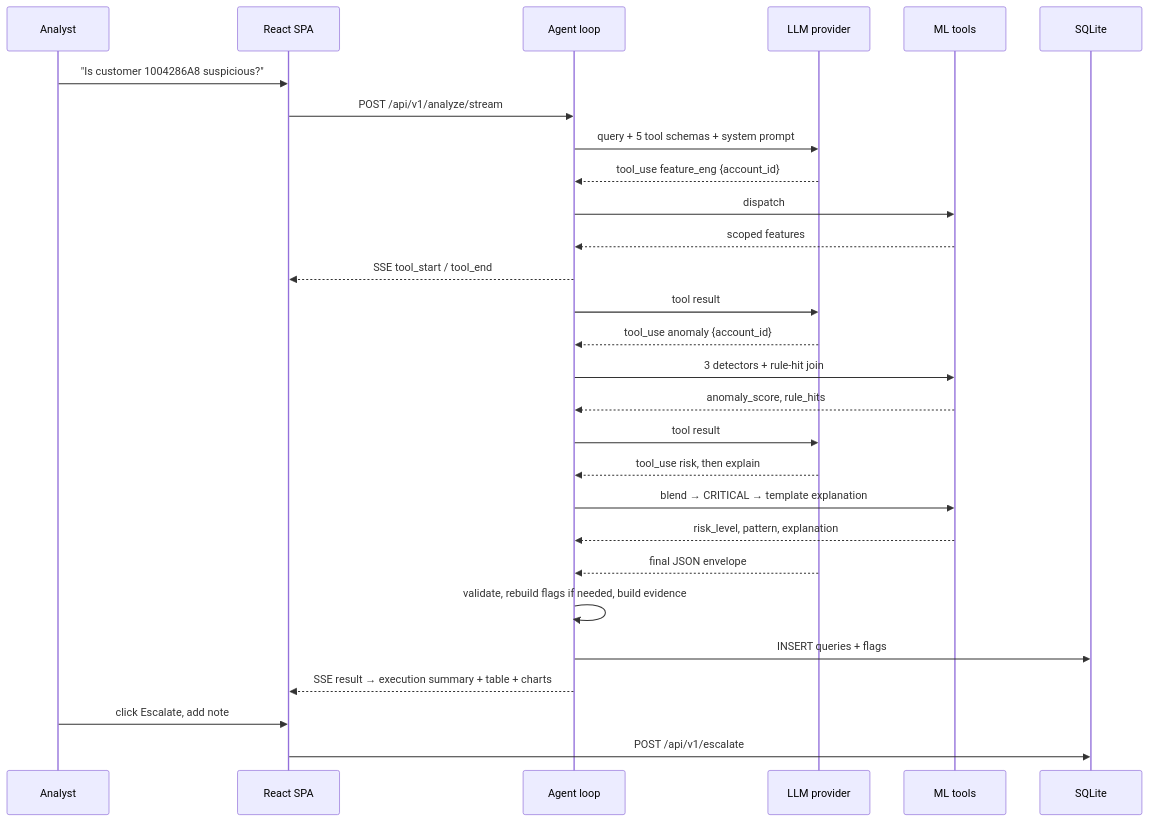
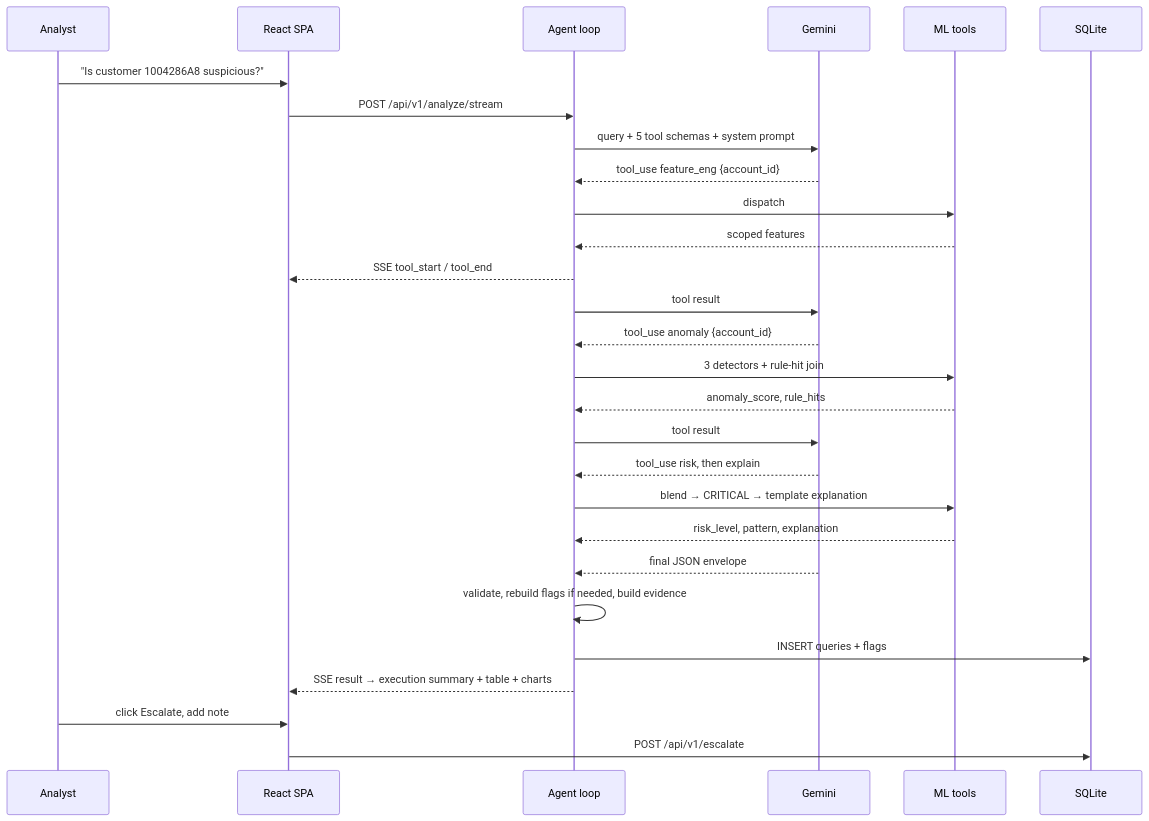
Before and after one commit to vishcrv/vigil: the third of 6 diagrams in README.md, drawn with Mermaid. The commit also changed other lines of this file and 13 other files, not shown here.

Commit message:
refactor: single LLM provider, drop Anthropic and Groq paths

````diff
--- a/README.md
+++ b/README.md
@@ -238,31 +238,31 @@
 ```mermaid
 sequenceDiagram
     participant A as Analyst
     participant F as React SPA
     participant L as Agent loop
-    participant G as LLM provider
+    participant G as Gemini
     participant T as ML tools
     participant S as SQLite
 
     A->>F: "Is customer 1004286A8 suspicious?"
     F->>L: POST /api/v1/analyze/stream
     L->>G: query + 5 tool schemas + system prompt
     G-->>L: tool_use feature_eng {account_id}
     L->>T: dispatch
     T-->>L: scoped features
     L-->>F: SSE tool_start / tool_end
     L->>G: tool result
     G-->>L: tool_use anomaly {account_id}
     L->>T: 3 detectors + rule-hit join
     T-->>L: anomaly_score, rule_hits
     L->>G: tool result
     G-->>L: tool_use risk, then explain
     L->>T: blend → CRITICAL → template explanation
     T-->>L: risk_level, pattern, explanation
     G-->>L: final JSON envelope
     L->>L: validate, rebuild flags if needed, build evidence
     L->>S: INSERT queries + flags
     L-->>F: SSE result → execution summary + table + charts
     A->>F: click Escalate, add note
     F->>S: POST /api/v1/escalate
 ```
````
